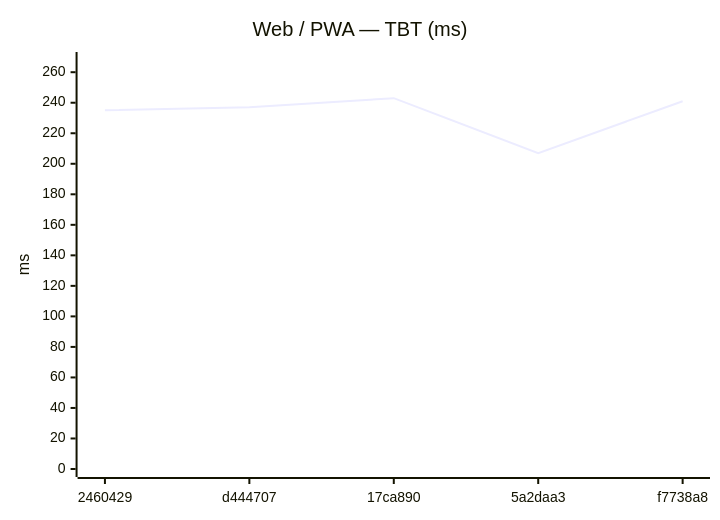
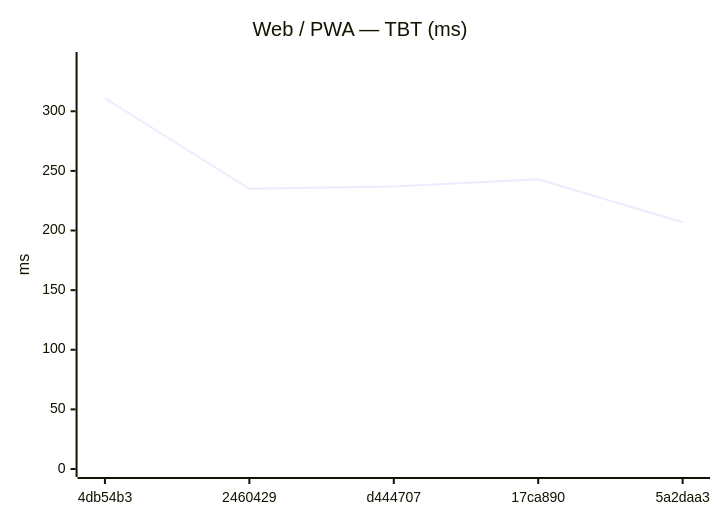
The eighth of 18 diagrams in benchmarks/compare.md (Metaheurist/Rianell), drawn with Mermaid before and after one commit. The commit also changed other lines of this file and 11 other files, not shown here.

````diff
--- a/benchmarks/compare.md
+++ b/benchmarks/compare.md
@@ -124,7 +124,7 @@
 ```mermaid
 xychart-beta
     title "Web / PWA — TBT (ms)"
-    x-axis ["2460429", "d444707", "17ca890", "5a2daa3", "f7738a8"]
-    y-axis "ms" 0 --> 268
-    line [235, 237, 243, 207, 241]
+    x-axis ["4db54b3", "2460429", "d444707", "17ca890", "5a2daa3"]
+    y-axis "ms" 0 --> 343
+    line [311, 235, 237, 243, 207]
 ```
````
